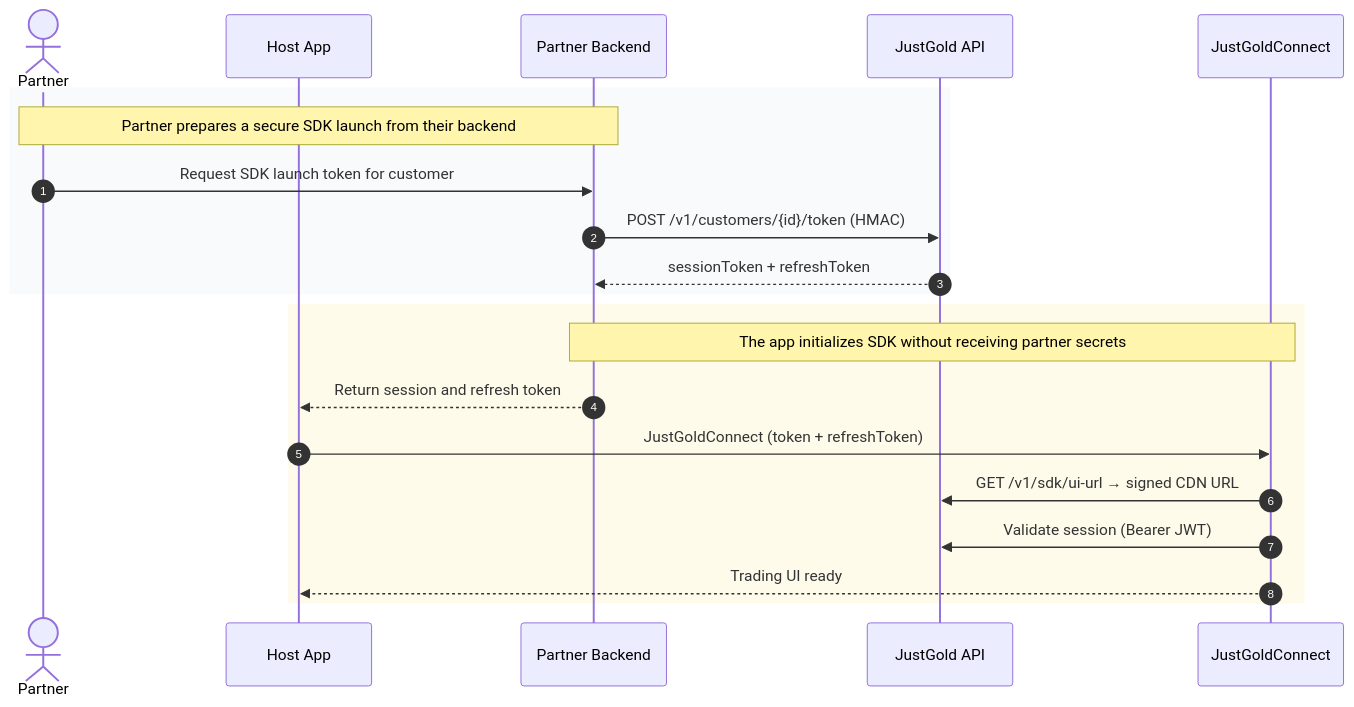
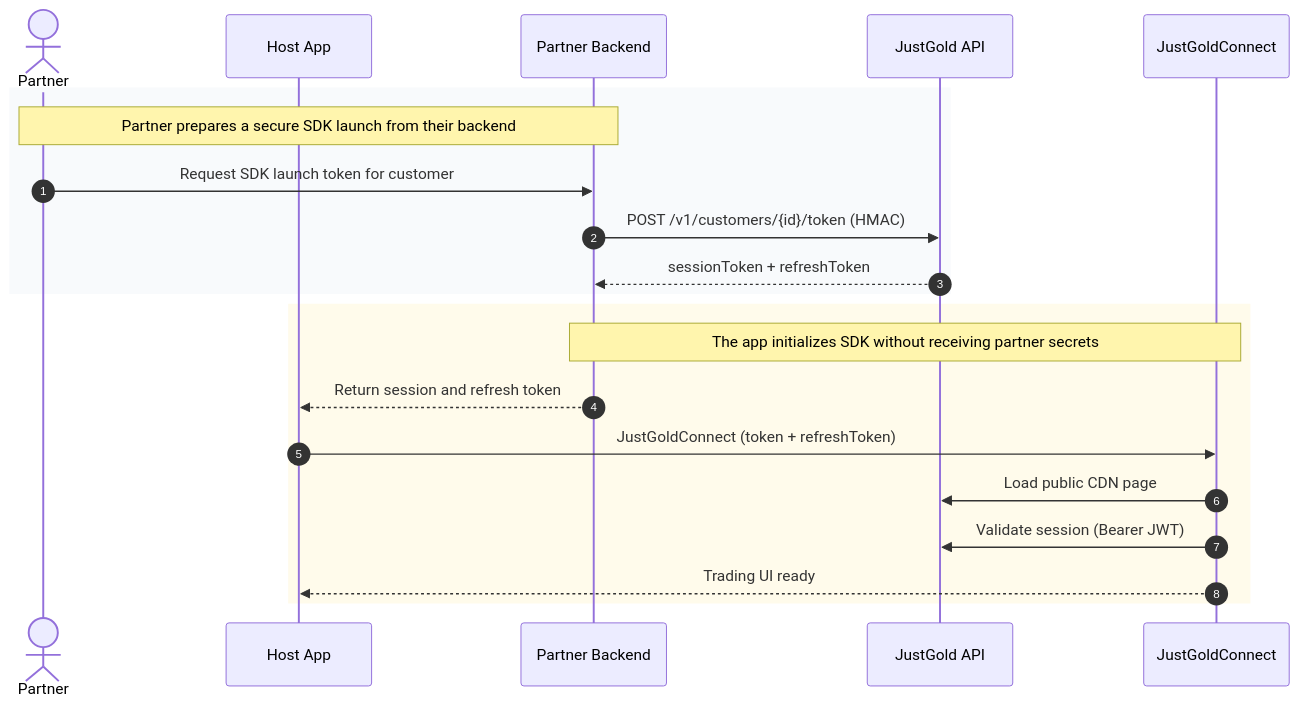
Before and after one commit to Just-Gold-JG/docs: the first of 2 diagrams in sdk/overview.md, drawn with Mermaid. The commit also changed other lines of this file and 9 other files, not shown here.

First line of the commit message:
Document the public SDK CDN and the current partner API hosts.

````diff
--- a/sdk/overview.md
+++ b/sdk/overview.md
@@ -65,25 +65,25 @@
 ```mermaid
 sequenceDiagram
     autonumber
     actor Partner as Partner
     participant Host as Host App
     participant Backend as Partner Backend
     participant JG as JustGold API
     participant SDK as JustGoldConnect
 
     rect rgb(248, 250, 252)
         Note over Partner,Backend: Partner prepares a secure SDK launch from their backend
         Partner->>Backend: Request SDK launch token for customer
         Backend->>JG: POST /v1/customers/{id}/token (HMAC)
         JG-->>Backend: sessionToken + refreshToken
     end
 
     rect rgb(255, 251, 235)
         Note over Backend,SDK: The app initializes SDK without receiving partner secrets
         Backend-->>Host: Return session and refresh token
         Host->>SDK: JustGoldConnect (token + refreshToken)
-        SDK->>JG: GET /v1/sdk/ui-url → signed CDN URL
+        SDK->>JG: Load public CDN page
         SDK->>JG: Validate session (Bearer JWT)
         SDK-->>Host: Trading UI ready
     end
 ```
````
